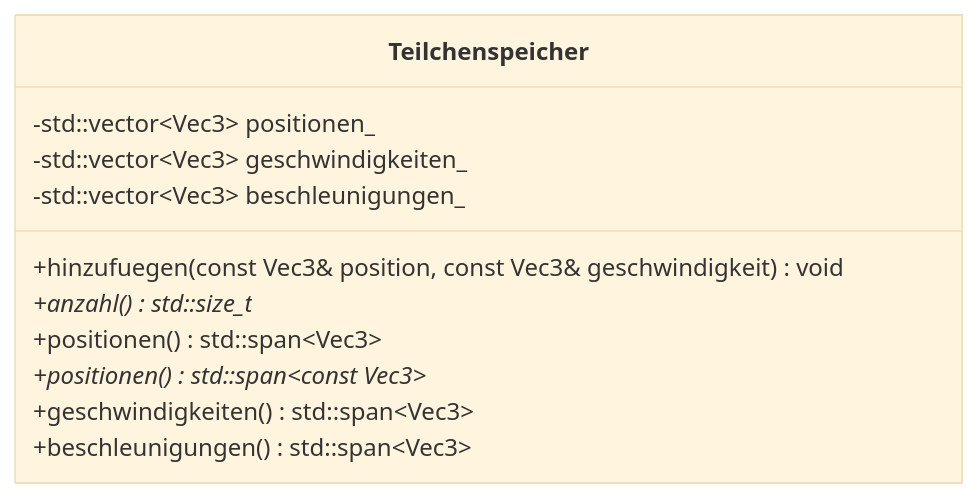
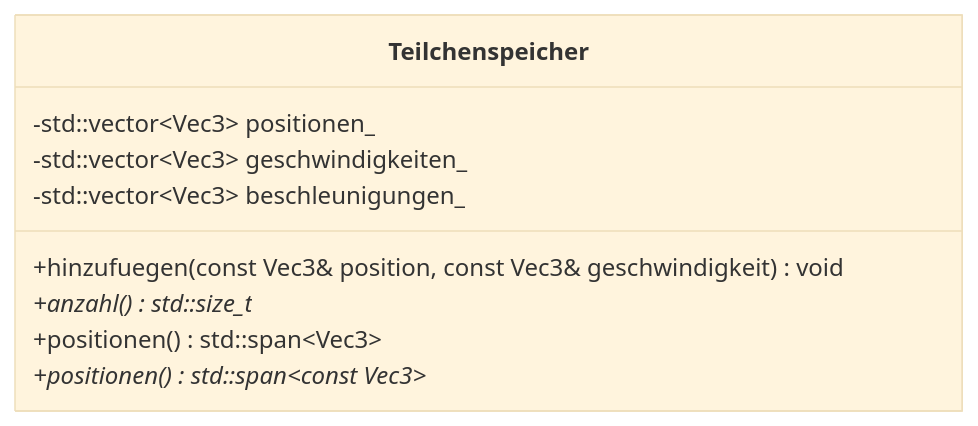
One commit to Sang-TN/galaxy-collision changed the third of 3 diagrams in docs/uml.md. Above: the diagram before and after it, drawn with Mermaid (base theme). The commit also changed other lines of this file and 6 other files, not shown here.

````diff
--- a/docs/uml.md
+++ b/docs/uml.md
@@ -45,14 +47,12 @@
 ```mermaid
 classDiagram
     class Teilchenspeicher {
         -std::vector~Vec3~ positionen_
         -std::vector~Vec3~ geschwindigkeiten_
         -std::vector~Vec3~ beschleunigungen_
         +hinzufuegen(const Vec3& position, const Vec3& geschwindigkeit) void
         +anzahl() std::size_t*
         +positionen() std::span~Vec3~
         +positionen() std::span~const Vec3~*
-        +geschwindigkeiten() std::span~Vec3~
-        +beschleunigungen() std::span~Vec3~
     }
 ```
````
